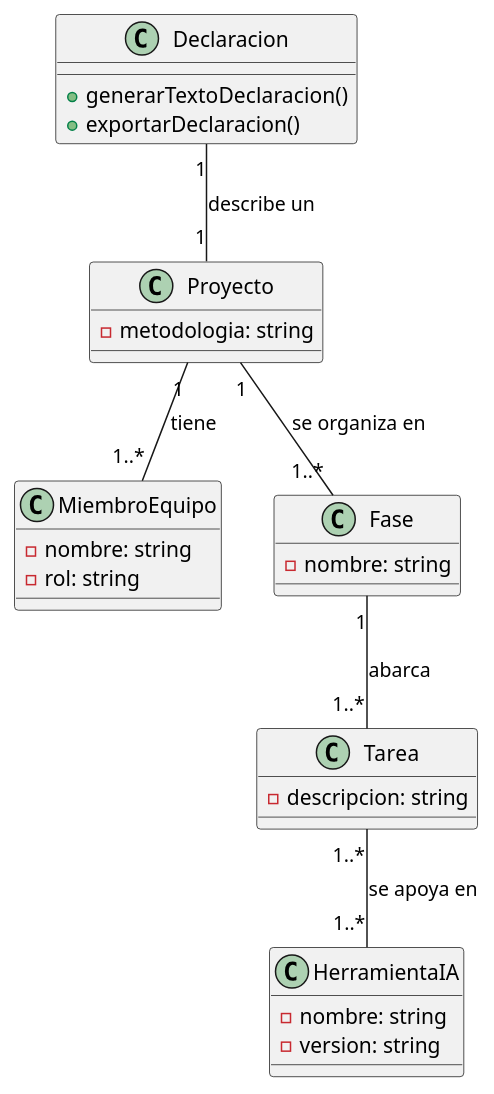
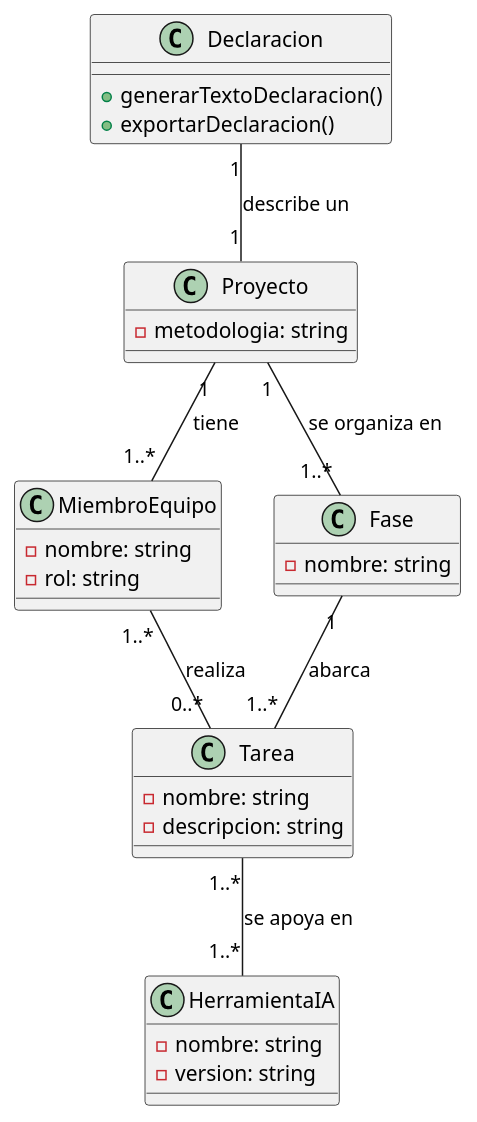
The diagram in diagram-clases/plantUML/plantUml.puml (Lude2004/mda-pim-text-generation), drawn with PlantUML before and after one commit. The commit also changed 5 other files, not shown here.

Commit message:
Actualización de los Diagramas

```diff
--- a/diagram-clases/plantUML/plantUml.puml
+++ b/diagram-clases/plantUML/plantUml.puml
@@ -1,40 +1,42 @@
-@startuml Ejemplo
+@startuml PIC
     class Declaracion {
         +generarTextoDeclaracion()
         +exportarDeclaracion()
     }
 
 
     class Proyecto {
         -metodologia: string
     }
 
 
     class MiembroEquipo {
         -nombre: string
         -rol: string
     }
 
 
     class Fase {
         -nombre: string
     }
 
 
     class Tarea {
+        -nombre: string
         -descripcion: string
     }
 
 
     class HerramientaIA {
         -nombre: string
         -version: string
     }
 
 
     Declaracion "1" -- "1" Proyecto : describe un
     Proyecto "1" -- "1..*" MiembroEquipo : tiene
     Proyecto "1" -- "1..*" Fase : se organiza en
+    MiembroEquipo "1..*" -- "0..*" Tarea : realiza
     Fase "1" -- "1..*" Tarea : abarca
     Tarea "1..*" -- "1..*" HerramientaIA : se apoya en
 @enduml
```
